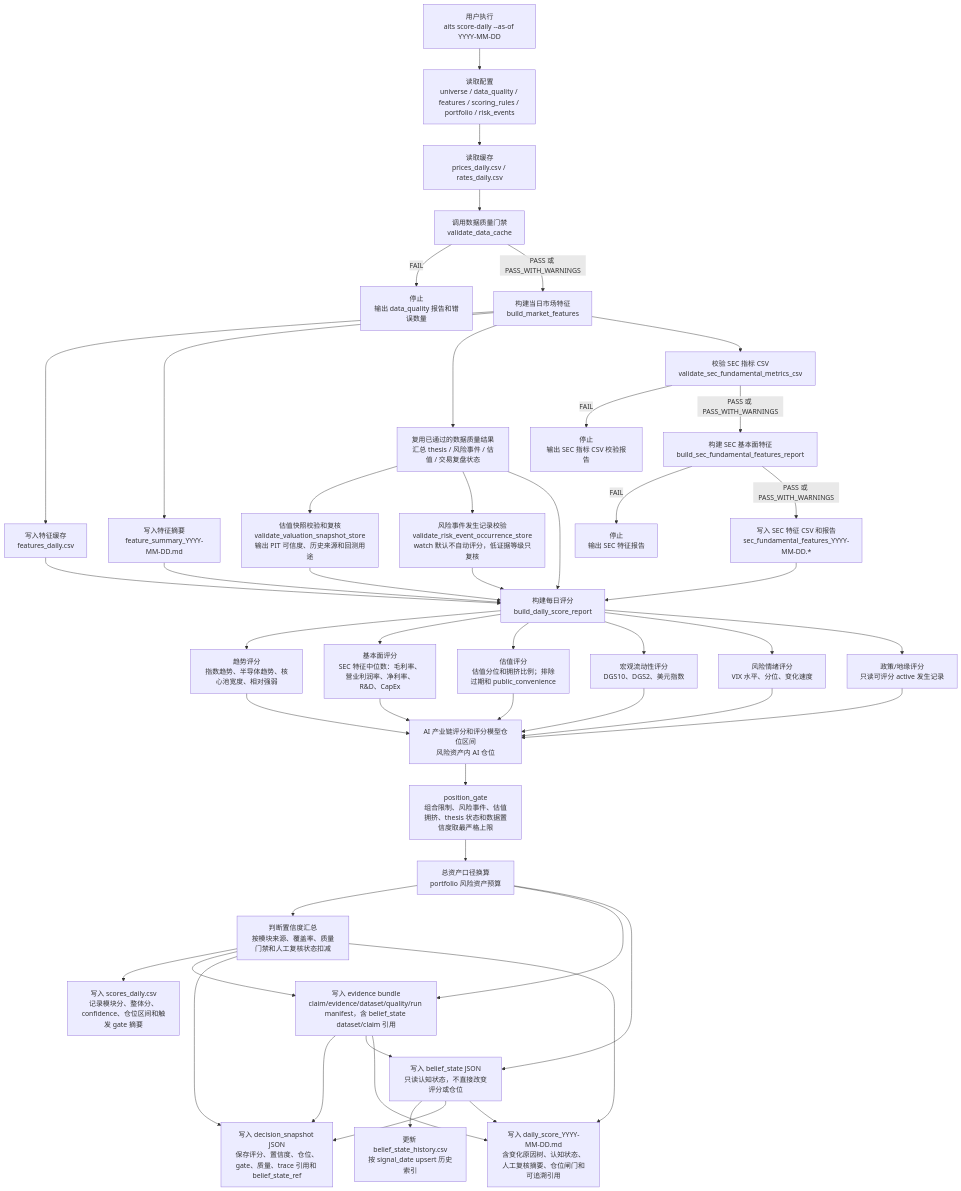
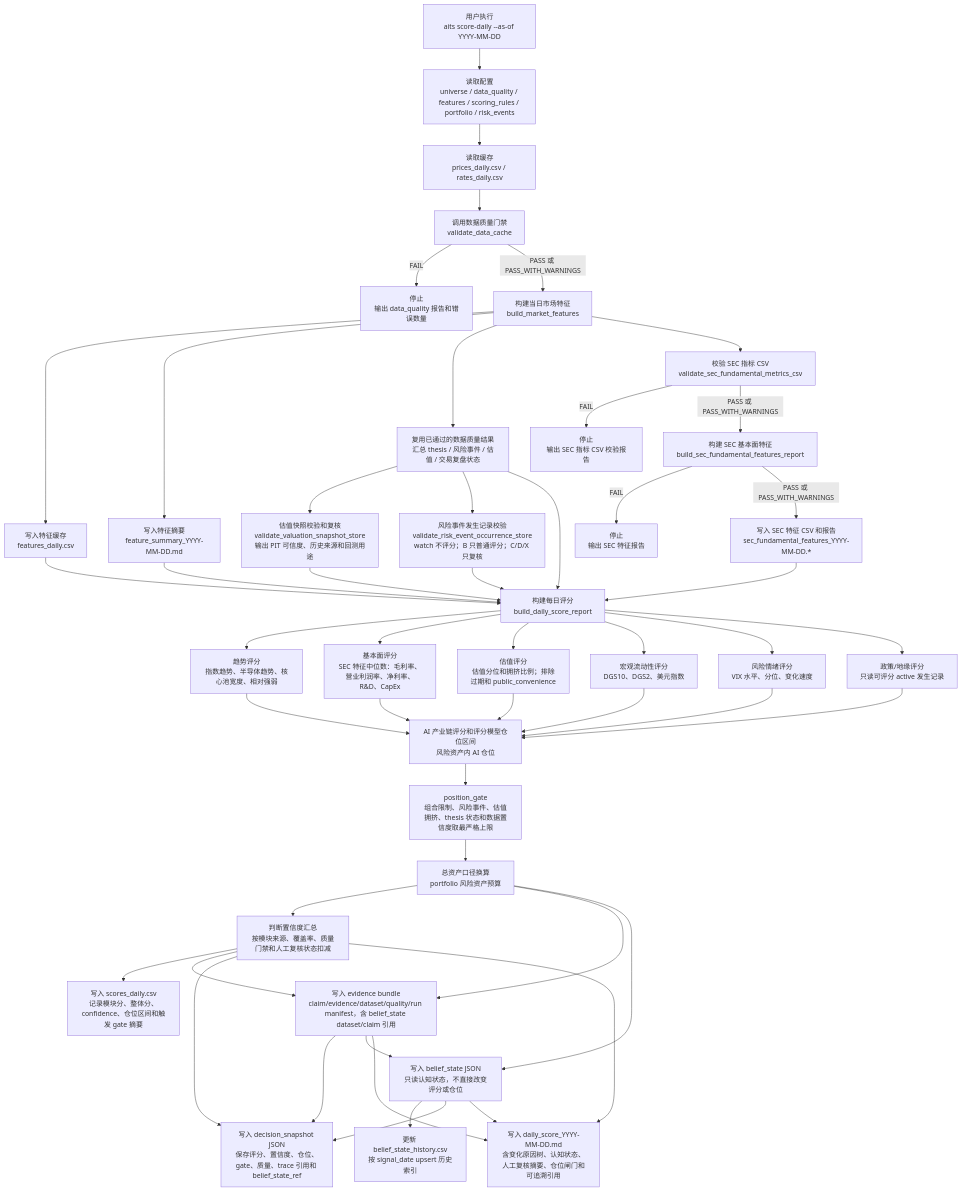
Before and after one commit to AI-Trading-Collaboration/AITradingSystem: the second of 6 diagrams in docs/system_flow.md, drawn with Mermaid. The commit also changed other lines of this file and 25 other files, not shown here.

````diff
--- a/docs/system_flow.md
+++ b/docs/system_flow.md
@@ -413,51 +429,51 @@
 ```mermaid
 flowchart TD
     A["用户执行<br/>aits score-daily --as-of YYYY-MM-DD"] --> B["读取配置<br/>universe / data_quality / features / scoring_rules / portfolio / risk_events"]
     B --> C["读取缓存<br/>prices_daily.csv / rates_daily.csv"]
     C --> D["调用数据质量门禁<br/>validate_data_cache"]
     D -->|FAIL| E["停止<br/>输出 data_quality 报告和错误数量"]
     D -->|PASS 或 PASS_WITH_WARNINGS| F["构建当日市场特征<br/>build_market_features"]
     F --> G["写入特征缓存<br/>features_daily.csv"]
     F --> H["写入特征摘要<br/>feature_summary_YYYY-MM-DD.md"]
     F --> R["复用已通过的数据质量结果<br/>汇总 thesis / 风险事件 / 估值 / 交易复盘状态"]
     R --> V1["估值快照校验和复核<br/>validate_valuation_snapshot_store<br/>输出 PIT 可信度、历史来源和回测用途"]
-    R --> G1["风险事件发生记录校验<br/>validate_risk_event_occurrence_store<br/>watch 默认不自动评分，低证据等级只复核"]
+    R --> G1["风险事件发生记录校验<br/>validate_risk_event_occurrence_store<br/>watch 不评分；B 只普通评分；C/D/X 只复核"]
     F --> S1["校验 SEC 指标 CSV<br/>validate_sec_fundamental_metrics_csv"]
     S1 -->|FAIL| S2["停止<br/>输出 SEC 指标 CSV 校验报告"]
     S1 -->|PASS 或 PASS_WITH_WARNINGS| S3["构建 SEC 基本面特征<br/>build_sec_fundamental_features_report"]
     S3 -->|FAIL| S4["停止<br/>输出 SEC 特征报告"]
     S3 -->|PASS 或 PASS_WITH_WARNINGS| S5["写入 SEC 特征 CSV 和报告<br/>sec_fundamental_features_YYYY-MM-DD.*"]
     G --> I["构建每日评分<br/>build_daily_score_report"]
     H --> I
     R --> I
     V1 --> I
     G1 --> I
     S5 --> I
     I --> J["趋势评分<br/>指数趋势、半导体趋势、核心池宽度、相对强弱"]
     I --> F1["基本面评分<br/>SEC 特征中位数：毛利率、营业利润率、净利率、R&D、CapEx"]
     I --> V2["估值评分<br/>估值分位和拥挤比例；排除过期和 public_convenience"]
     I --> K["宏观流动性评分<br/>DGS10、DGS2、美元指数"]
     I --> L["风险情绪评分<br/>VIX 水平、分位、变化速度"]
     I --> M["政策/地缘评分<br/>只读可评分 active 发生记录"]
     J --> N["AI 产业链评分和评分模型仓位区间<br/>风险资产内 AI 仓位"]
     F1 --> N
     V2 --> N
     K --> N
     L --> N
     M --> N
     N --> G2["position_gate<br/>组合限制、风险事件、估值拥挤、thesis 状态和数据置信度取最严格上限"]
     G2 --> O["总资产口径换算<br/>portfolio 风险资产预算"]
     O --> C1["判断置信度汇总<br/>按模块来源、覆盖率、质量门禁和人工复核状态扣减"]
     C1 --> P["写入 scores_daily.csv<br/>记录模块分、整体分、confidence、仓位区间和触发 gate 摘要"]
     O --> T["写入 evidence bundle<br/>claim/evidence/dataset/quality/run manifest，含 belief_state dataset/claim 引用"]
     C1 --> T
     T --> D0["写入 decision_snapshot JSON<br/>保存评分、置信度、仓位、gate、质量、trace 引用和 belief_state_ref"]
     C1 --> D0
     O --> BS["写入 belief_state JSON<br/>只读认知状态，不直接改变评分或仓位"]
     T --> BS
     BS --> BH["更新 belief_state_history.csv<br/>按 signal_date upsert 历史索引"]
     BS --> D0
     T --> Q["写入 daily_score_YYYY-MM-DD.md<br/>含变化原因树、认知状态、人工复核摘要、仓位闸门和可追溯引用"]
     C1 --> Q
     BS --> Q
 ```
````
